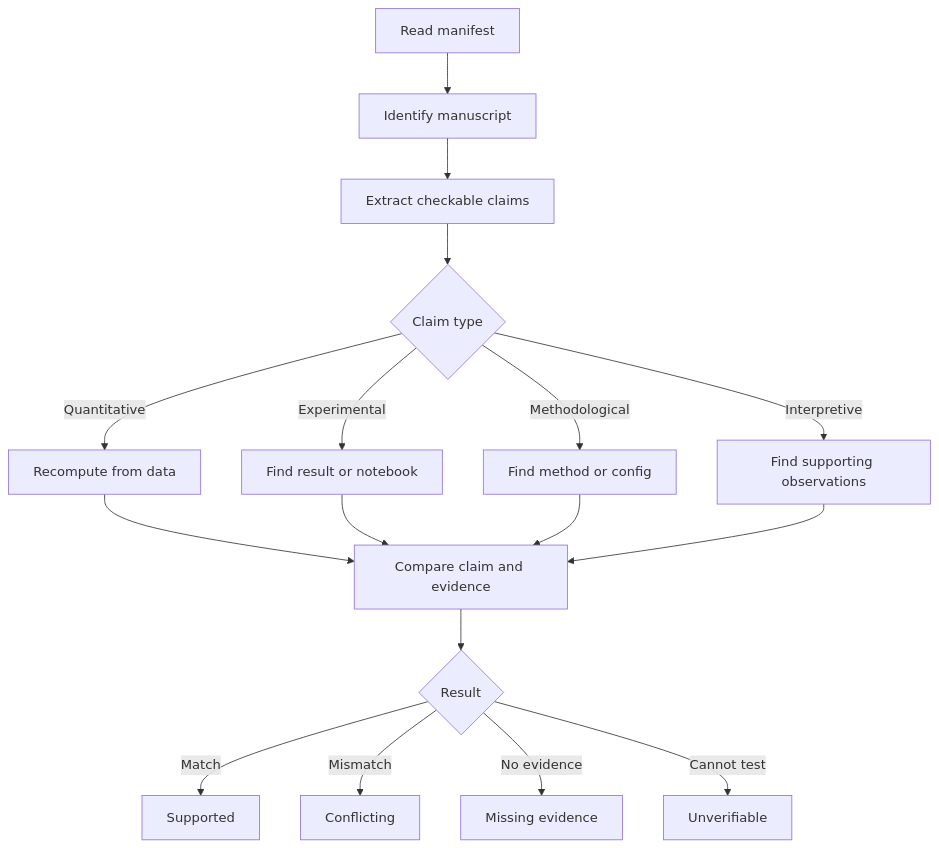
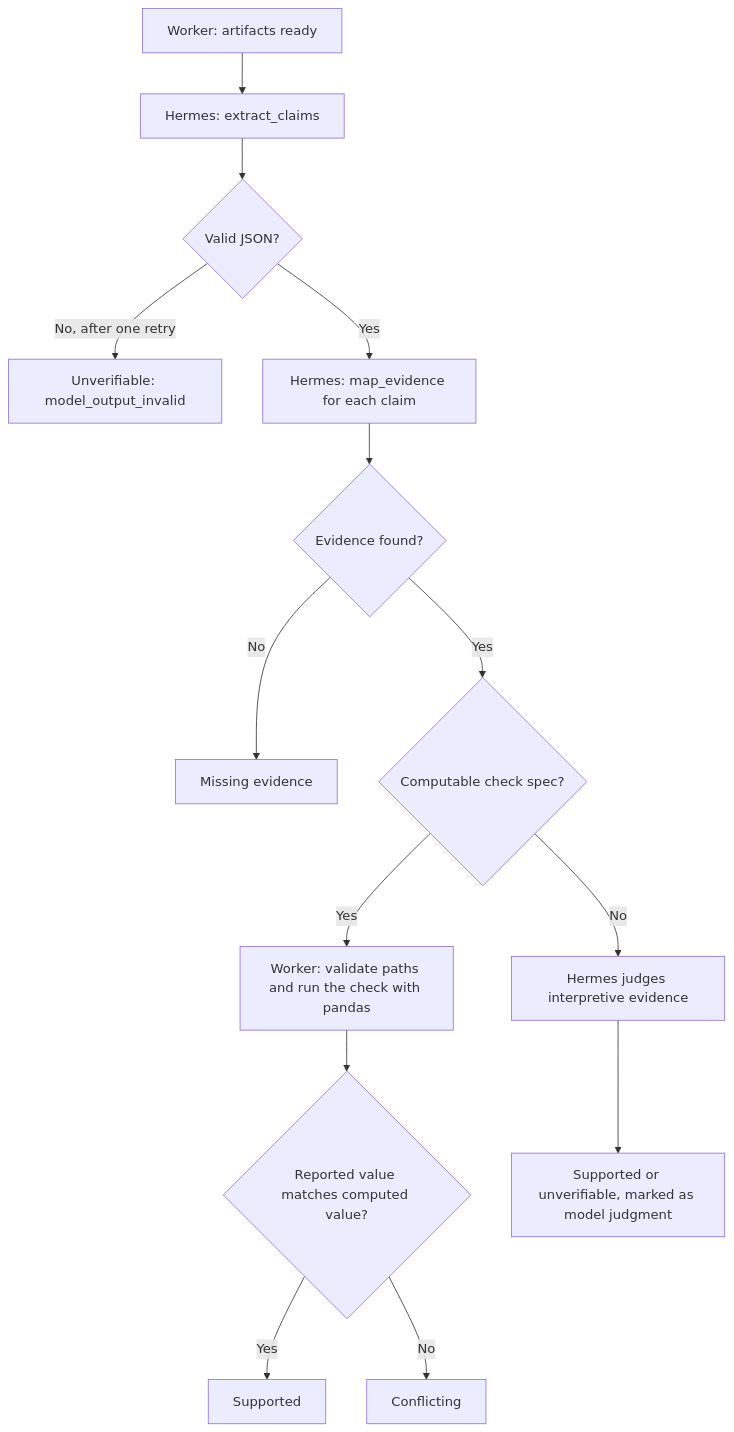
One commit to KrishivVora/DELL-x-NVIDIA-Hackathon changed the third of 3 diagrams in CLAIMTRACE-PROJECT-PLAN.md. Above: the diagram before and after it, drawn with Mermaid. The commit also changed other lines of this file, not shown here.

First line of the commit message:
docs: overhaul ClaimTrace plan for Hermes, MongoDB, and Slack

````diff
--- a/CLAIMTRACE-PROJECT-PLAN.md
+++ b/CLAIMTRACE-PROJECT-PLAN.md
@@ -315,19 +457,16 @@
 ```mermaid
 flowchart TD
-    A[Read manifest] --> B[Identify manuscript]
-    B --> C[Extract checkable claims]
-    C --> D{Claim type}
-    D -->|Quantitative| E[Recompute from data]
-    D -->|Experimental| F[Find result or notebook]
-    D -->|Methodological| G[Find method or config]
-    D -->|Interpretive| H[Find supporting observations]
-    E --> I[Compare claim and evidence]
-    F --> I
-    G --> I
-    H --> I
-    I --> J{Result}
-    J -->|Match| K[Supported]
-    J -->|Mismatch| L[Conflicting]
-    J -->|No evidence| M[Missing evidence]
-    J -->|Cannot test| N[Unverifiable]
+    A[Worker: artifacts ready] --> B[Hermes: extract_claims]
+    B --> C{Valid JSON?}
+    C -->|No, after one retry| U[Unverifiable: model_output_invalid]
+    C -->|Yes| D[Hermes: map_evidence for each claim]
+    D --> E{Evidence found?}
+    E -->|No| M[Missing evidence]
+    E -->|Yes| F{Computable check spec?}
+    F -->|Yes| H[Worker: validate paths and run the check with pandas]
+    H --> I{Reported value matches computed value?}
+    I -->|Yes| K[Supported]
+    I -->|No| L[Conflicting]
+    F -->|No| G[Hermes judges interpretive evidence]
+    G --> N[Supported or unverifiable, marked as model judgment]
 ```
````
